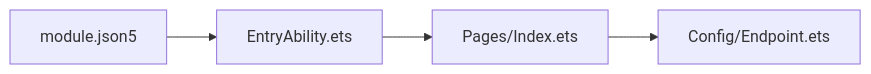
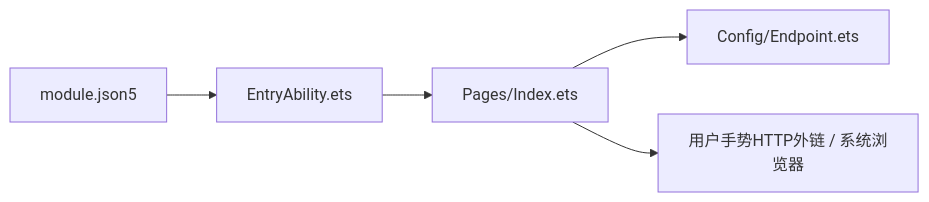
The diagram in 代码/前端/移动端/鸿蒙/代码地图/代码地图.md (JobsKits/AcademicServices), drawn with Mermaid before and after one commit. The commit also changed other lines of this file and 369 other files, not shown here.

````diff
--- a/代码/前端/移动端/鸿蒙/代码地图/代码地图.md
+++ b/代码/前端/移动端/鸿蒙/代码地图/代码地图.md
@@ -26,6 +28,7 @@
 ```mermaid
 flowchart LR
     Ability[EntryAbility.ets] --> Index[Pages/Index.ets]
     Index --> Endpoint[Config/Endpoint.ets]
+    Index --> Browser[用户手势HTTP外链 / 系统浏览器]
     Module[module.json5] --> Ability
 ```
````
